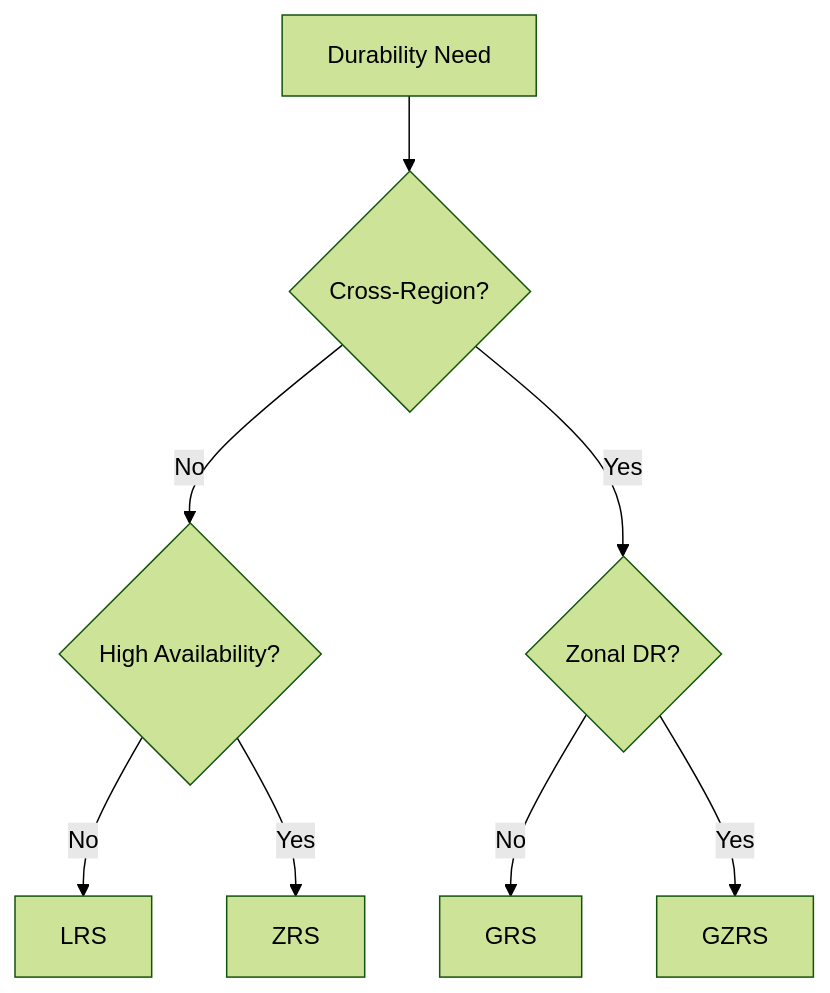
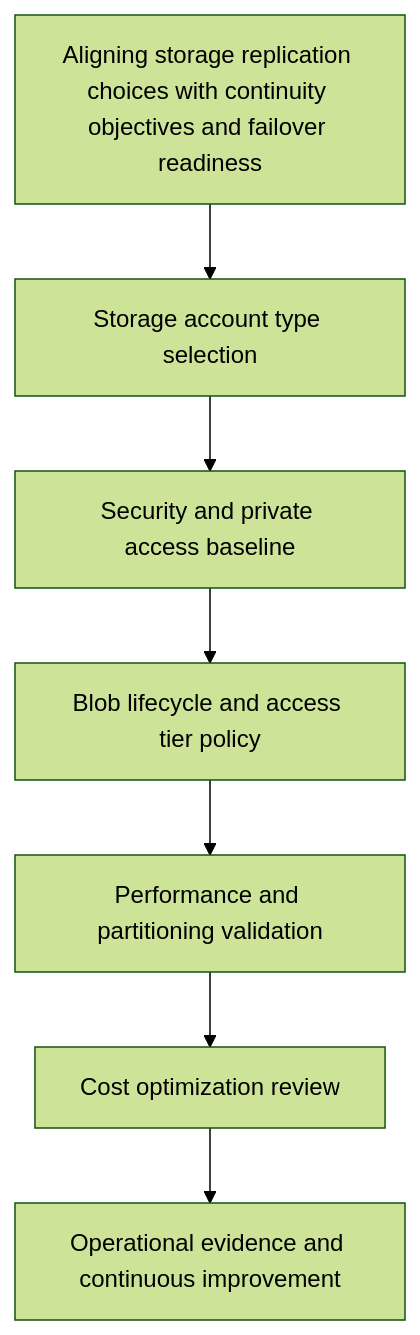
Before and after one commit to yeongseon/azure-storage-practical-guide: the first of 2 diagrams in docs/best-practices/redundancy-and-dr-best-practices.md, drawn with Mermaid (forest theme). The commit also changed other lines of this file and 26 other files, not shown here.

````diff
--- a/docs/best-practices/redundancy-and-dr-best-practices.md
+++ b/docs/best-practices/redundancy-and-dr-best-practices.md
@@ -17,10 +18,9 @@
 ```mermaid
-graph TD
-    A[Durability Need] --> B{Cross-Region?}
-    B -->|No| C{High Availability?}
-    C -->|No| D[LRS]
-    C -->|Yes| E[ZRS]
-    B -->|Yes| F{Zonal DR?}
-    F -->|No| G[GRS]
-    F -->|Yes| H[GZRS]
+flowchart TD
+    A[Aligning storage replication choices with continuity objectives and failover readiness] --> B[Storage account type selection]
+    B --> C[Security and private access baseline]
+    C --> D[Blob lifecycle and access tier policy]
+    D --> E[Performance and partitioning validation]
+    E --> F[Cost optimization review]
+    F --> G[Operational evidence and continuous improvement]
 ```
````
